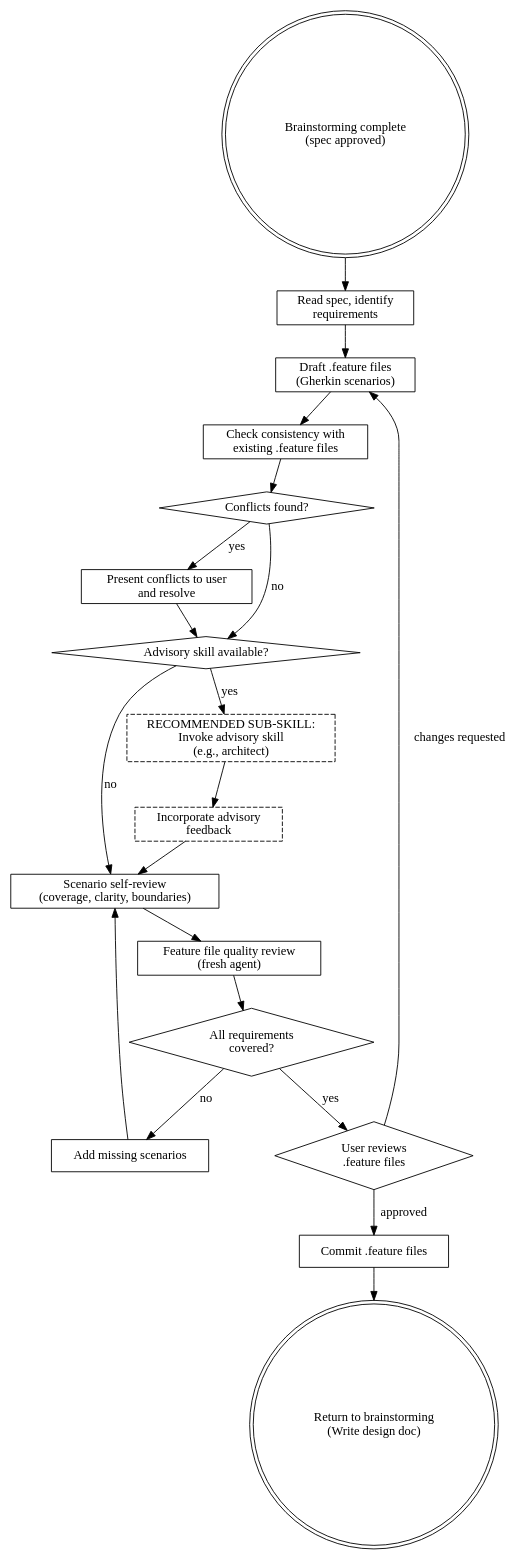
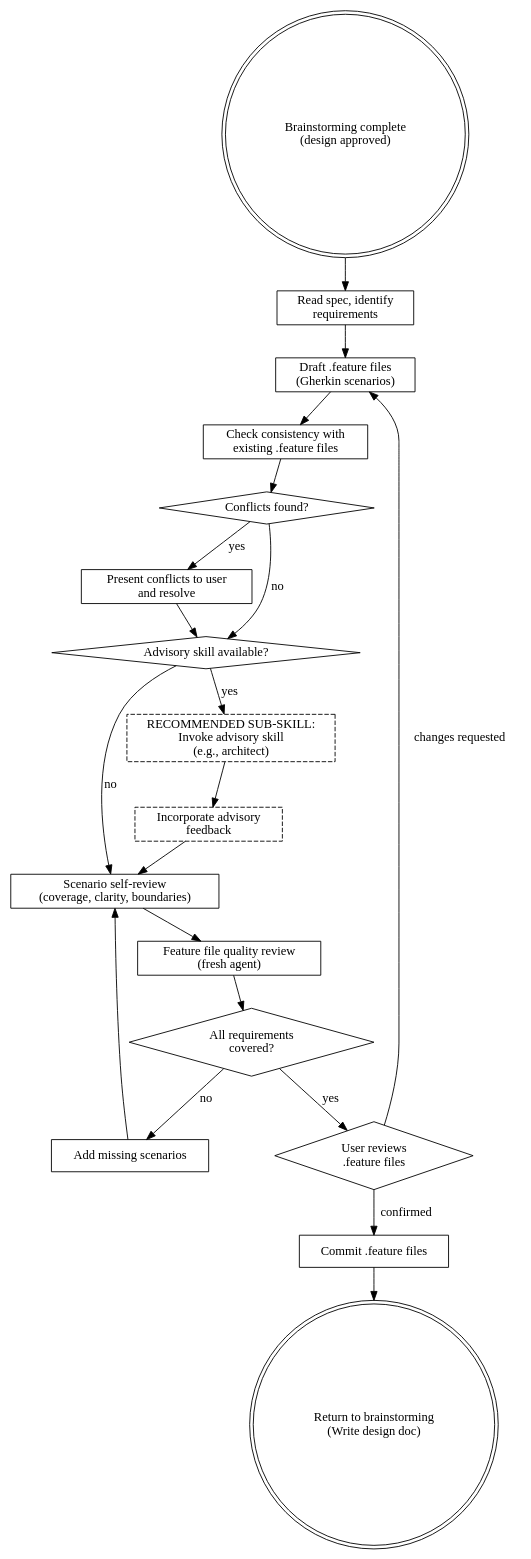
One commit to florian23/superflowers changed the diagram in skills/feature-design/SKILL.md. Above: the diagram before and after it, drawn with Graphviz. The commit also changed other lines of this file and 31 other files, not shown here.

````diff
--- a/skills/feature-design/SKILL.md
+++ b/skills/feature-design/SKILL.md
@@ -43,41 +43,41 @@
 ```dot
 digraph feature_design {
-    "Brainstorming complete\n(spec approved)" [shape=doublecircle];
+    "Brainstorming complete\n(design approved)" [shape=doublecircle];
     "Read spec, identify\nrequirements" [shape=box];
     "Draft .feature files\n(Gherkin scenarios)" [shape=box];
     "Advisory skill available?" [shape=diamond];
     "RECOMMENDED SUB-SKILL:\nInvoke advisory skill\n(e.g., architect)" [shape=box style=dashed];
     "Incorporate advisory\nfeedback" [shape=box style=dashed];
     "Scenario self-review\n(coverage, clarity, boundaries)" [shape=box];
     "All requirements\ncovered?" [shape=diamond];
     "Add missing scenarios" [shape=box];
     "User reviews\n.feature files" [shape=diamond];
     "Commit .feature files" [shape=box];
 
-    "Brainstorming complete\n(spec approved)" -> "Read spec, identify\nrequirements";
+    "Brainstorming complete\n(design approved)" -> "Read spec, identify\nrequirements";
     "Read spec, identify\nrequirements" -> "Draft .feature files\n(Gherkin scenarios)";
     "Check consistency with\nexisting .feature files" [shape=box];
     "Conflicts found?" [shape=diamond];
     "Present conflicts to user\nand resolve" [shape=box];
     "Feature file quality review\n(fresh agent)" [shape=box];
 
     "Draft .feature files\n(Gherkin scenarios)" -> "Check consistency with\nexisting .feature files";
     "Check consistency with\nexisting .feature files" -> "Conflicts found?";
     "Conflicts found?" -> "Present conflicts to user\nand resolve" [label="yes"];
     "Conflicts found?" -> "Advisory skill available?" [label="no"];
     "Present conflicts to user\nand resolve" -> "Advisory skill available?";
     "Advisory skill available?" -> "RECOMMENDED SUB-SKILL:\nInvoke advisory skill\n(e.g., architect)" [label="yes"];
     "Advisory skill available?" -> "Scenario self-review\n(coverage, clarity, boundaries)" [label="no"];
     "RECOMMENDED SUB-SKILL:\nInvoke advisory skill\n(e.g., architect)" -> "Incorporate advisory\nfeedback";
     "Incorporate advisory\nfeedback" -> "Scenario self-review\n(coverage, clarity, boundaries)";
     "Scenario self-review\n(coverage, clarity, boundaries)" -> "Feature file quality review\n(fresh agent)";
     "Feature file quality review\n(fresh agent)" -> "All requirements\ncovered?";
     "All requirements\ncovered?" -> "Add missing scenarios" [label="no"];
     "Add missing scenarios" -> "Scenario self-review\n(coverage, clarity, boundaries)";
     "All requirements\ncovered?" -> "User reviews\n.feature files" [label="yes"];
     "User reviews\n.feature files" -> "Draft .feature files\n(Gherkin scenarios)" [label="changes requested"];
-    "User reviews\n.feature files" -> "Commit .feature files" [label="approved"];
+    "User reviews\n.feature files" -> "Commit .feature files" [label="confirmed"];
     "Commit .feature files" -> "Return to brainstorming\n(Write design doc)";
     "Return to brainstorming\n(Write design doc)" [shape=doublecircle];
 }
 ```
````
